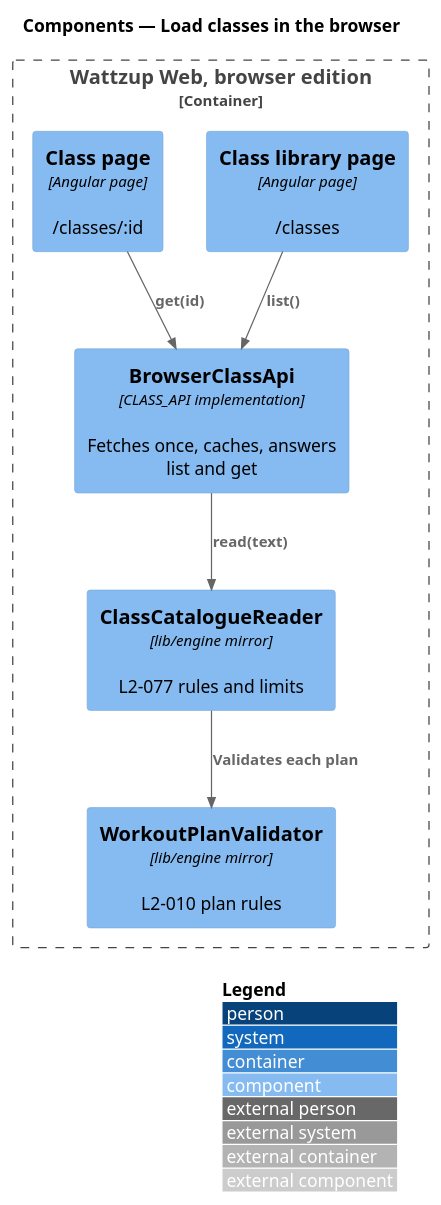
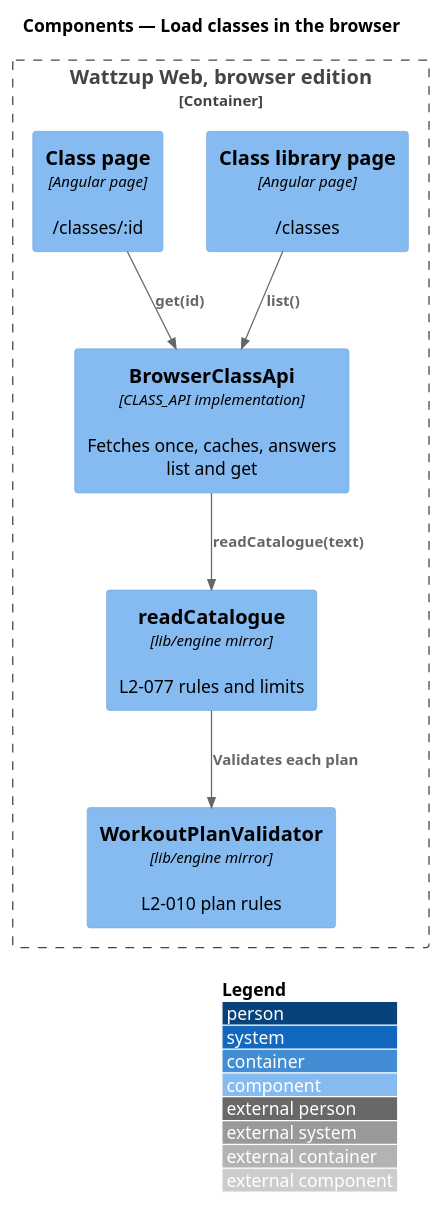
One commit to QuinntyneBrown/ride-one changed the diagram in docs/detailed-designs/browser-edition/load-classes-in-browser/diagrams/c4-component.puml. Above: the diagram before and after it, drawn with PlantUML. The commit also changed 21 other files, not shown here.

First line of the commit message:
Read the class catalogue from classes.json in the browser edition (L2-096)

```diff
--- a/docs/detailed-designs/browser-edition/load-classes-in-browser/diagrams/c4-component.puml
+++ b/docs/detailed-designs/browser-edition/load-classes-in-browser/diagrams/c4-component.puml
@@ -1,17 +1,17 @@
 @startuml
 !include <C4/C4_Component>
 LAYOUT_WITH_LEGEND()
 title Components — Load classes in the browser
 
 Container_Boundary(app, "Wattzup Web, browser edition") {
   Component(lib, "Class library page", "Angular page", "/classes")
   Component(cls, "Class page", "Angular page", "/classes/:id")
   Component(api, "BrowserClassApi", "CLASS_API implementation", "Fetches once, caches, answers list and get")
-  Component(reader, "ClassCatalogueReader", "lib/engine mirror", "L2-077 rules and limits")
+  Component(reader, "readCatalogue", "lib/engine mirror", "L2-077 rules and limits")
   Component(validator, "WorkoutPlanValidator", "lib/engine mirror", "L2-010 plan rules")
 }
 Rel(lib, api, "list()")
 Rel(cls, api, "get(id)")
-Rel(api, reader, "read(text)")
+Rel(api, reader, "readCatalogue(text)")
 Rel(reader, validator, "Validates each plan")
 @enduml
```
